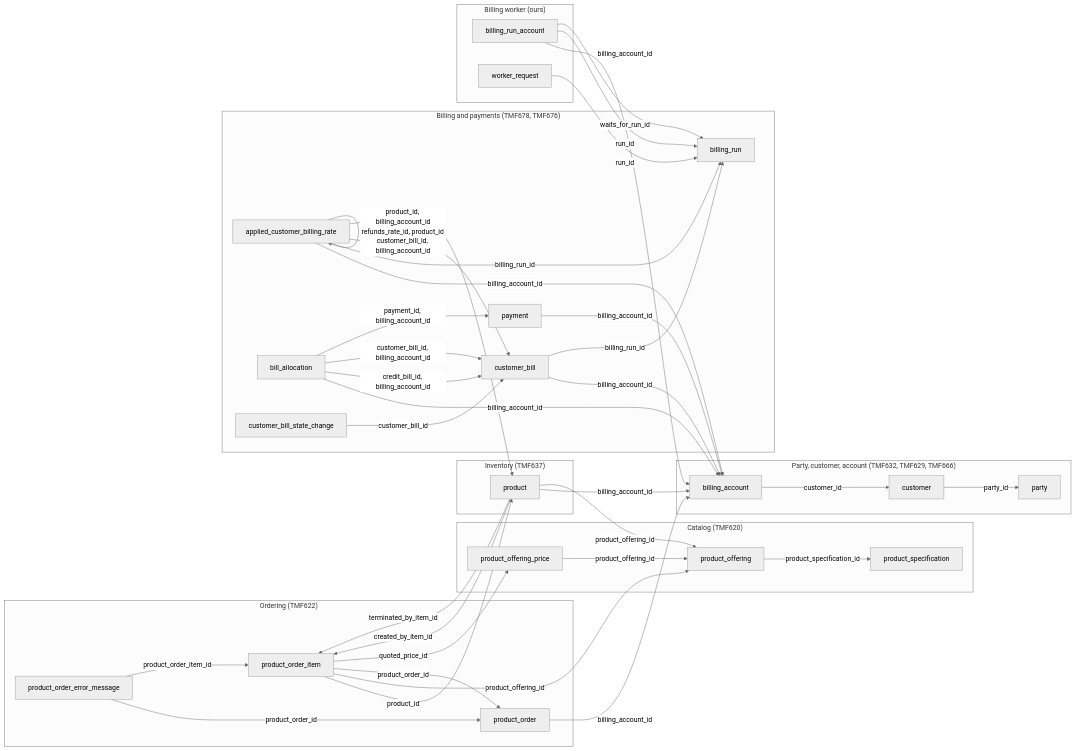
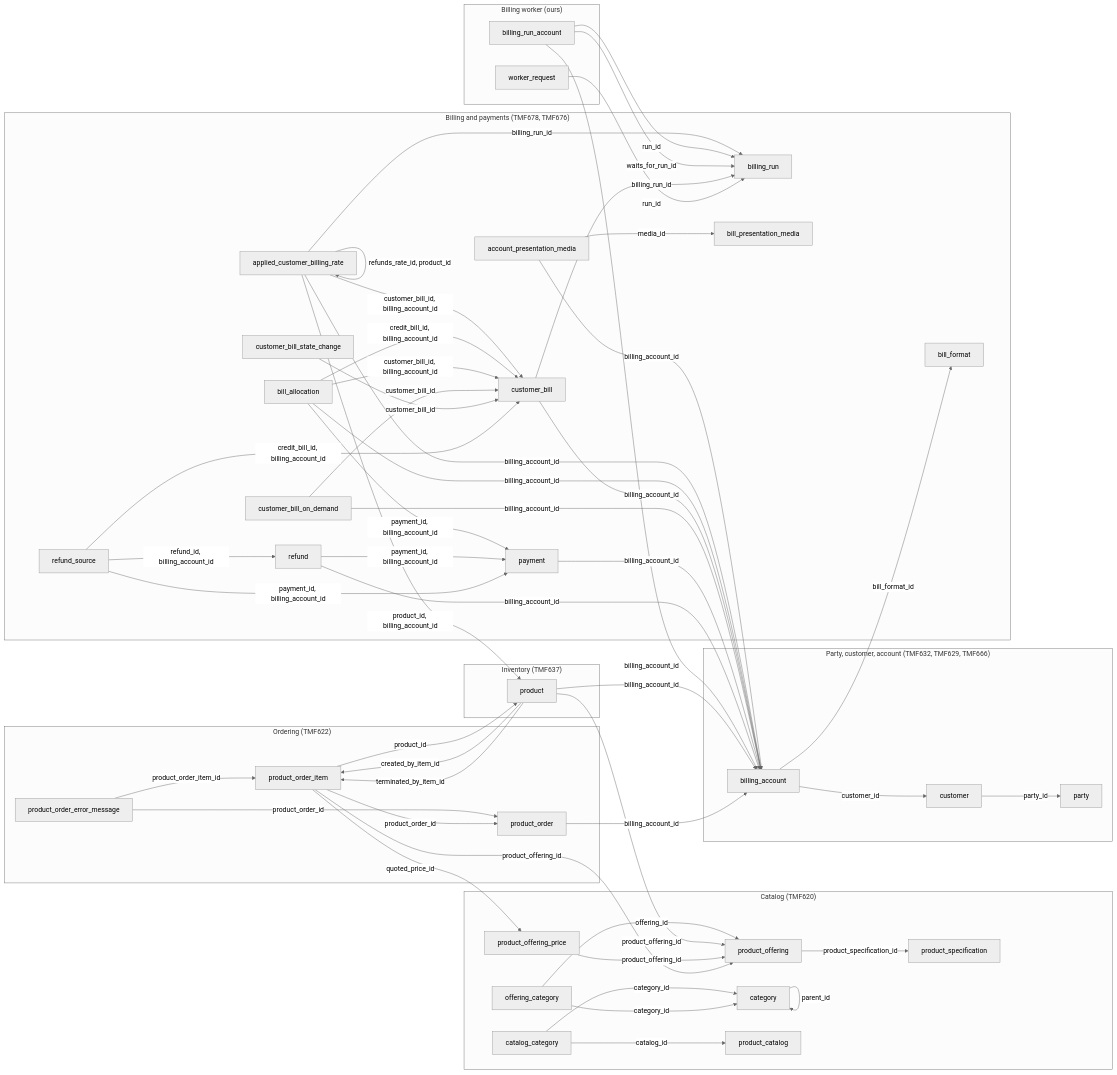
One commit to altharmz/bss changed the first of 7 diagrams in docs/db/README.md. Above: the diagram before and after it, drawn with Mermaid (neutral theme). The commit also changed other lines of this file and 77 other files, not shown here.

First line of the commit message:
Complete catalog organization and billing workflows

````diff
--- a/docs/db/README.md
+++ b/docs/db/README.md
@@ -40,6 +50,10 @@
     product_specification[product_specification]
     product_offering[product_offering]
     product_offering_price[product_offering_price]
+    category[category]
+    product_catalog[product_catalog]
+    catalog_category[catalog_category]
+    offering_category[offering_category]
   end
   subgraph area_ordering["Ordering (TMF622)"]
     product_order[product_order]
@@ -56,11 +70,19 @@
     payment[payment]
     bill_allocation[bill_allocation]
     customer_bill_state_change[customer_bill_state_change]
+    refund[refund]
+    refund_source[refund_source]
+    customer_bill_on_demand[customer_bill_on_demand]
+    bill_format[bill_format]
+    bill_presentation_media[bill_presentation_media]
+    account_presentation_media[account_presentation_media]
   end
   subgraph area_worker["Billing worker (ours)"]
     billing_run_account[billing_run_account]
     worker_request[worker_request]
   end
+  account_presentation_media -->|"billing_account_id"| billing_account
+  account_presentation_media -->|"media_id"| bill_presentation_media
   applied_customer_billing_rate -->|"billing_account_id"| billing_account
   applied_customer_billing_rate -->|"billing_run_id"| billing_run
   applied_customer_billing_rate -->|"customer_bill_id, billing_account_id"| customer_bill
@@ -70,14 +92,22 @@
   bill_allocation -->|"credit_bill_id, billing_account_id"| customer_bill
   bill_allocation -->|"customer_bill_id, billing_account_id"| customer_bill
   bill_allocation -->|"payment_id, billing_account_id"| payment
+  billing_account -->|"bill_format_id"| bill_format
   billing_account -->|"customer_id"| customer
   billing_run_account -->|"billing_account_id"| billing_account
   billing_run_account -->|"run_id"| billing_run
   billing_run_account -->|"waits_for_run_id"| billing_run
+  catalog_category -->|"catalog_id"| product_catalog
+  catalog_category -->|"category_id"| category
+  category -->|"parent_id"| category
   customer -->|"party_id"| party
   customer_bill -->|"billing_account_id"| billing_account
   customer_bill -->|"billing_run_id"| billing_run
+  customer_bill_on_demand -->|"billing_account_id"| billing_account
+  customer_bill_on_demand -->|"customer_bill_id"| customer_bill
   customer_bill_state_change -->|"customer_bill_id"| customer_bill
+  offering_category -->|"category_id"| category
+  offering_category -->|"offering_id"| product_offering
   payment -->|"billing_account_id"| billing_account
   product -->|"billing_account_id"| billing_account
   product -->|"created_by_item_id"| product_order_item
@@ -92,5 +122,10 @@
   product_order_item -->|"product_offering_id"| product_offering
   product_order_item -->|"product_order_id"| product_order
   product_order_item -->|"quoted_price_id"| product_offering_price
+  refund -->|"billing_account_id"| billing_account
+  refund -->|"payment_id, billing_account_id"| payment
+  refund_source -->|"credit_bill_id, billing_account_id"| customer_bill
+  refund_source -->|"payment_id, billing_account_id"| payment
+  refund_source -->|"refund_id, billing_account_id"| refund
   worker_request -->|"run_id"| billing_run
 ```
````
